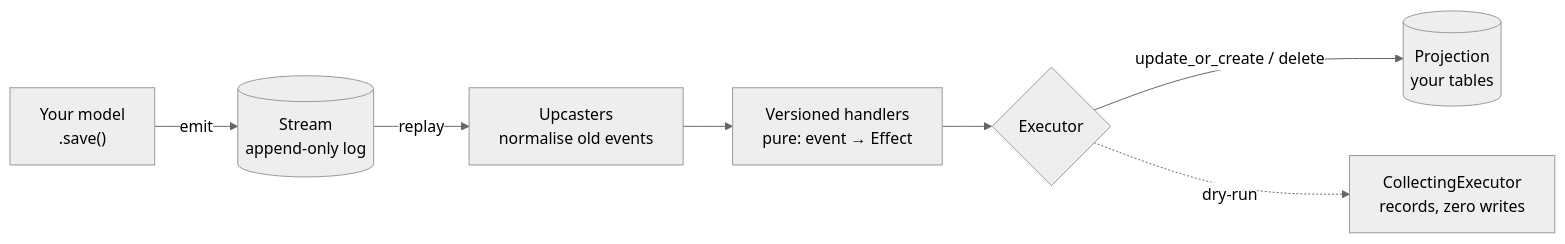
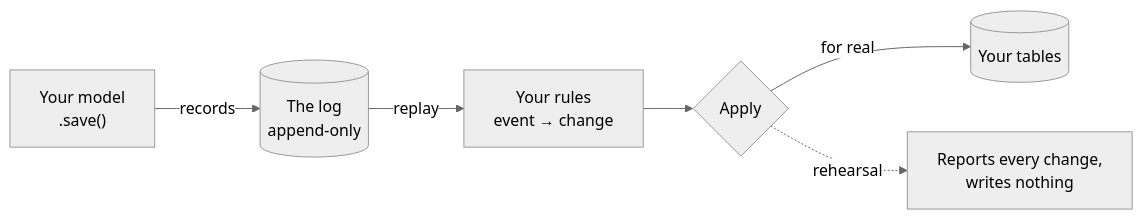
One commit to joshbrooks/rakaia changed the diagram in docs/index.md. Above: the diagram before and after it, drawn with Mermaid (neutral theme). The commit also changed other lines of this file and 12 other files, not shown here.

````diff
--- a/docs/index.md
+++ b/docs/index.md
@@ -29,9 +37,8 @@
 ```mermaid
 flowchart LR
-  W["Your model<br/>.save()"] -->|emit| S[("Stream<br/>append-only log")]
-  S -->|replay| U["Upcasters<br/>normalise old events"]
-  U --> H["Versioned handlers<br/>pure: event → Effect"]
-  H --> X{Executor}
-  X -->|"update_or_create / delete"| P[("Projection<br/>your tables")]
-  X -.->|dry-run| C["CollectingExecutor<br/>records, zero writes"]
+  W["Your model<br/>.save()"] -->|records| S[("The log<br/>append-only")]
+  S -->|replay| H["Your rules<br/>event → change"]
+  H --> X{Apply}
+  X -->|for real| P[("Your tables")]
+  X -.->|rehearsal| C["Reports every change,<br/>writes nothing"]
 ```
````
